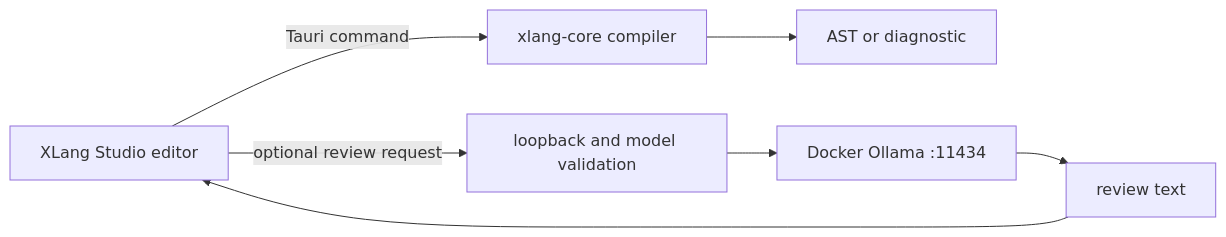
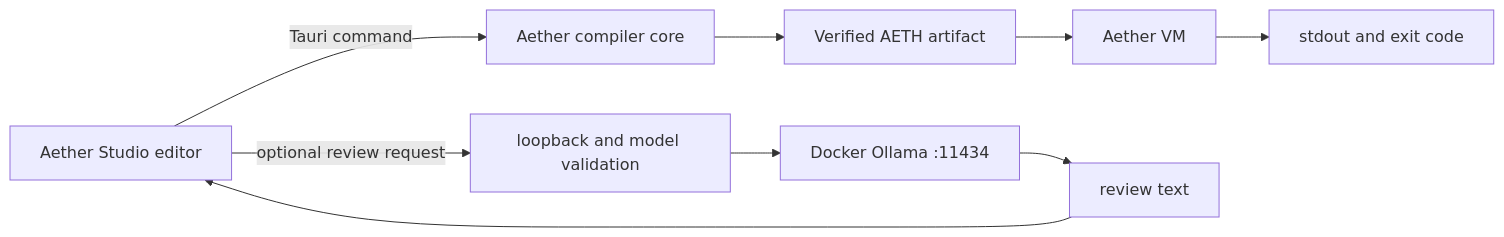
One commit to MrWizard94-Compile/XLang changed the diagram in docs/ARCHITECTURE.md. Above: the diagram before and after it, drawn with Mermaid. The commit also changed other lines of this file and 25 other files, not shown here.

Commit message:
feat: establish Aether bytecode language and desktop studio

````diff
--- a/docs/ARCHITECTURE.md
+++ b/docs/ARCHITECTURE.md
@@ -3,9 +3,11 @@
-```mermaid
+~~~mermaid
 flowchart LR
-    Editor["XLang Studio editor"] -->|"Tauri command"| Core["xlang-core compiler"]
-    Core --> Result["AST or diagnostic"]
+    Editor["Aether Studio editor"] -->|"Tauri command"| Core["Aether compiler core"]
+    Core --> Artifact["Verified AETH artifact"]
+    Artifact --> VM["Aether VM"]
+    VM --> Result["stdout and exit code"]
     Editor -->|"optional review request"| Guard["loopback and model validation"]
     Guard --> Ollama["Docker Ollama :11434"]
     Ollama --> Review["review text"]
     Review --> Editor
-```
+~~~
````
